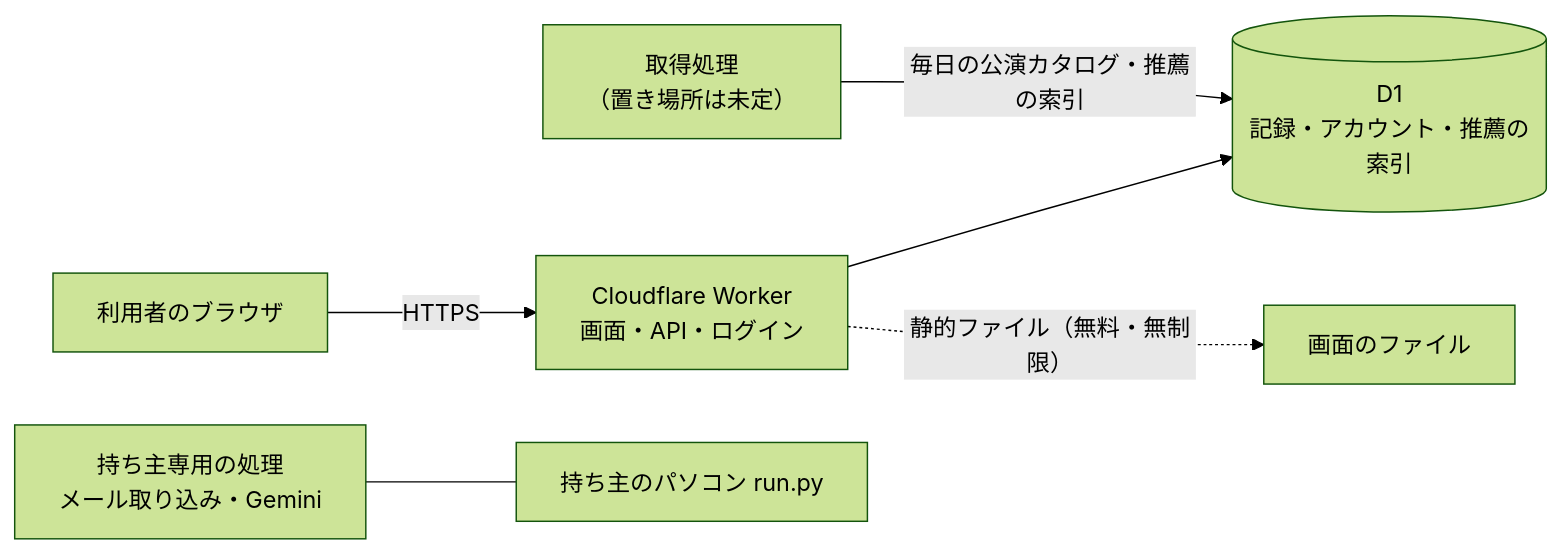
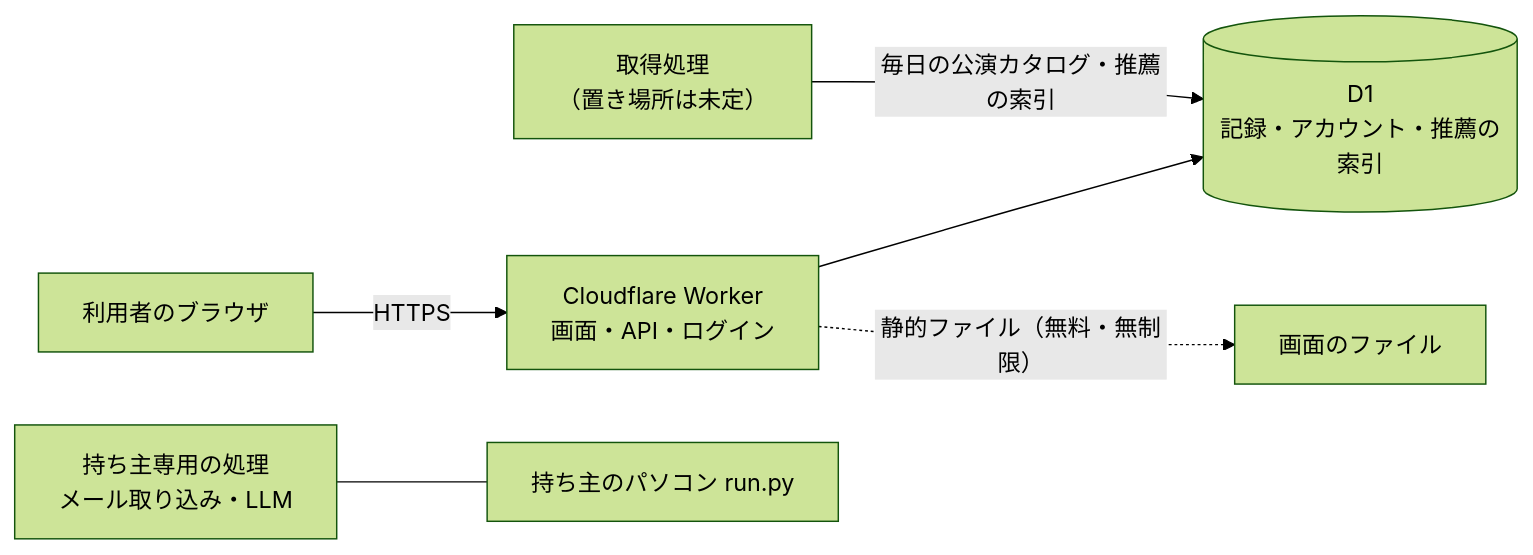
Before and after one commit to island-6848/taguri-demo: the first of 2 diagrams in docs/service-roadmap.md, drawn with Mermaid (forest theme). The commit also changed 16 other files, not shown here.

````diff
--- a/docs/service-roadmap.md
+++ b/docs/service-roadmap.md
@@ -12,8 +12,8 @@
 ```mermaid
 flowchart LR
   U[利用者のブラウザ] -->|HTTPS| W[Cloudflare Worker<br>画面・API・ログイン]
   W --> D[(D1<br>記録・アカウント・推薦の索引)]
   W -. 静的ファイル（無料・無制限） .-> A[画面のファイル]
   J[取得処理<br>（置き場所は未定）] -->|毎日の公演カタログ・推薦の索引| D
-  E[持ち主専用の処理<br>メール取り込み・Gemini] --- PC[持ち主のパソコン run.py]
+  E[持ち主専用の処理<br>メール取り込み・LLM] --- PC[持ち主のパソコン run.py]
 ```
````
